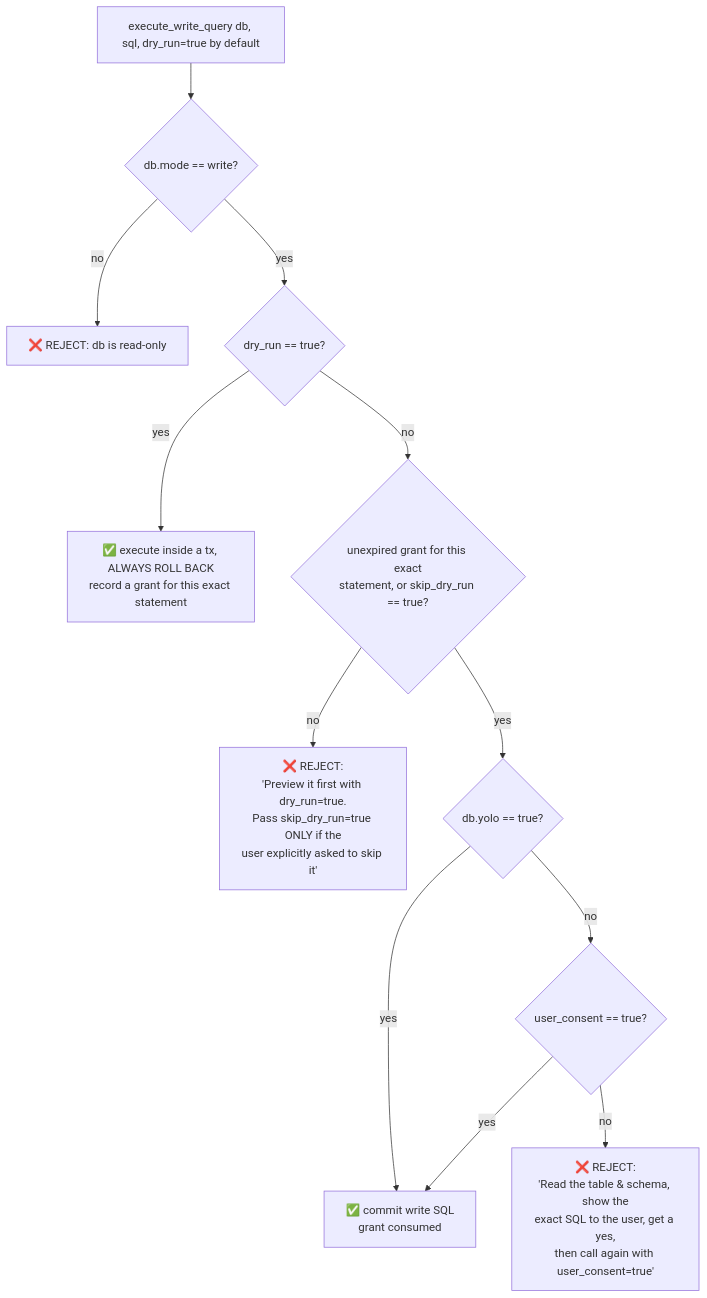
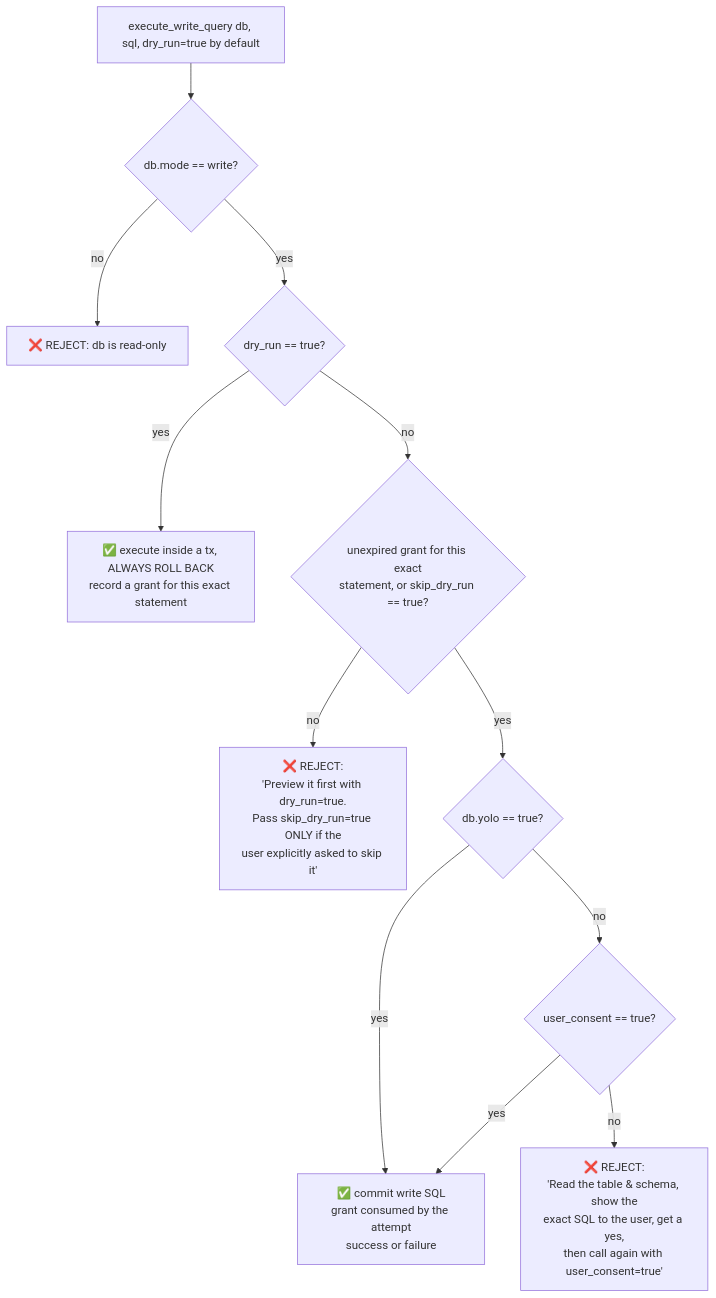
The third of 7 diagrams in docs/ARCHITECTURE.md (Idle-Sync/db-conn-mcp), drawn with Mermaid before and after one commit. The commit also changed other lines of this file and 7 other files, not shown here.

First line of the commit message:
Consume the dry-run grant on failed commits and fix doctor's missing-config path

````diff
--- a/docs/ARCHITECTURE.md
+++ b/docs/ARCHITECTURE.md
@@ -165,14 +165,14 @@
 ```mermaid
 flowchart TD
     A[execute_write_query db, sql, dry_run=true by default] --> B{db.mode == write?}
     B -- no --> R1[❌ REJECT: db is read-only]
     B -- yes --> P{dry_run == true?}
     P -- yes --> PRE[✅ execute inside a tx, ALWAYS ROLL BACK<br/>record a grant for this exact statement]
     P -- no --> G{unexpired grant for this exact<br/>statement, or skip_dry_run == true?}
     G -- no --> R0[❌ REJECT:<br/>'Preview it first with dry_run=true.<br/>Pass skip_dry_run=true ONLY if the<br/>user explicitly asked to skip it']
     G -- yes --> C{db.yolo == true?}
-    C -- yes --> RUN[✅ commit write SQL<br/>grant consumed]
+    C -- yes --> RUN[✅ commit write SQL<br/>grant consumed by the attempt<br/>success or failure]
     C -- no --> D{user_consent == true?}
     D -- yes --> RUN
     D -- no --> R2[❌ REJECT:<br/>'Read the table & schema, show the<br/>exact SQL to the user, get a yes,<br/>then call again with user_consent=true']
 ```
````
